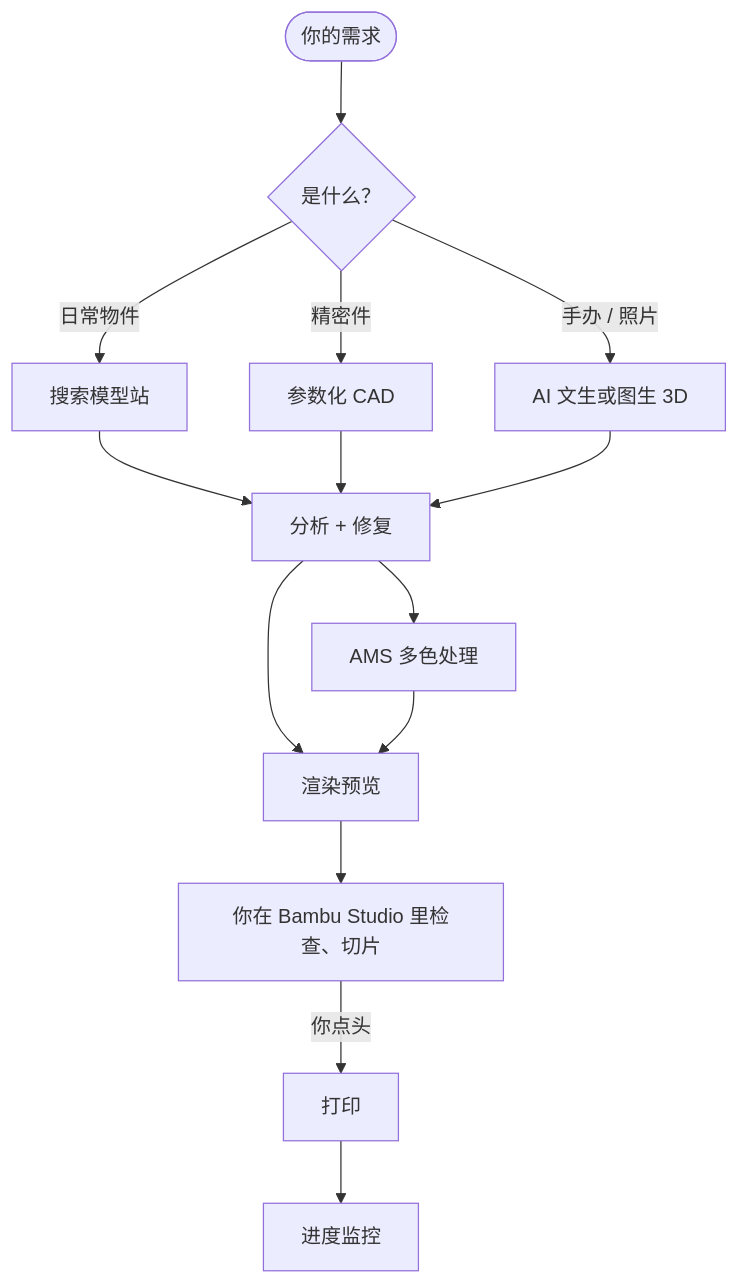
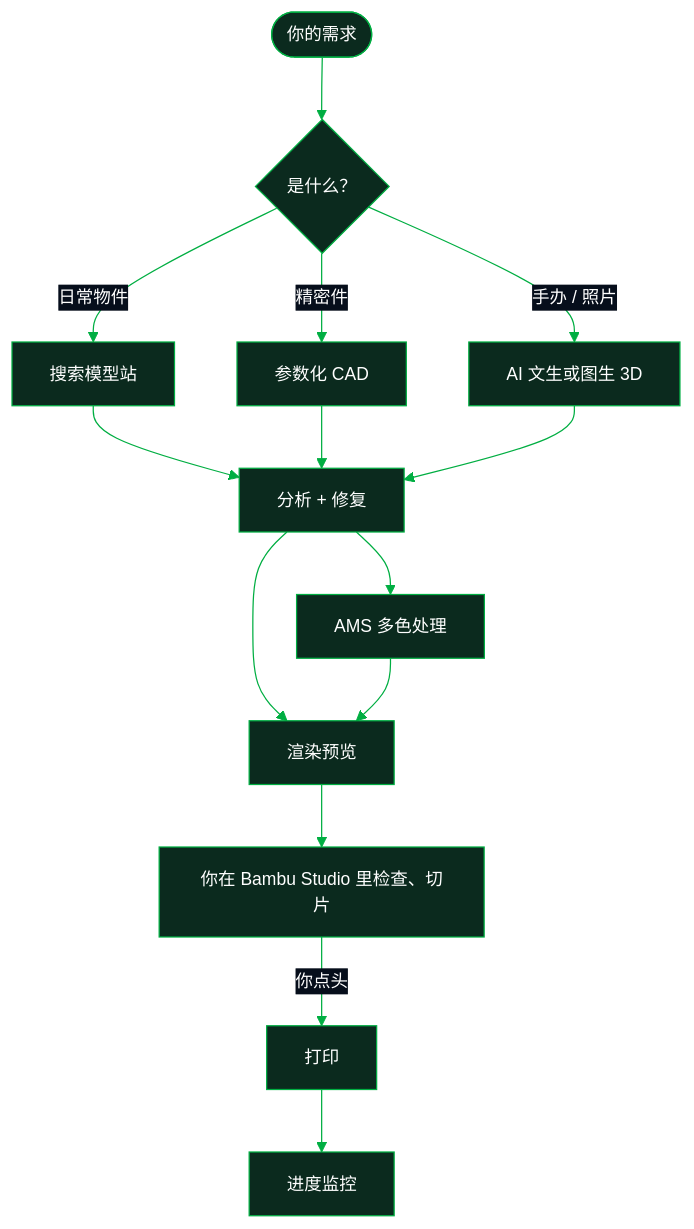
One commit to heyixuan2/bambu-studio-ai changed the diagram in README.zh-CN.md. Above: the diagram before and after it, drawn with Mermaid. The commit also changed other lines of this file and 2 other files, not shown here.

````diff
--- a/README.zh-CN.md
+++ b/README.zh-CN.md
@@ -150,16 +150,17 @@
 ```mermaid
+%%{init: {'theme':'base','themeVariables':{'primaryColor':'#0B2A1E','primaryTextColor':'#FFFFFF','primaryBorderColor':'#00AE42','lineColor':'#00AE42','secondaryColor':'#060E1B','tertiaryColor':'#0B2A1E','tertiaryTextColor':'#FFFFFF','edgeLabelBackground':'#060E1B','fontSize':'14px'}}}%%
 flowchart TD
     R([你的需求]) --> S{是什么？}
     S -->|日常物件| A[搜索模型站]
     S -->|精密件| B[参数化 CAD]
     S -->|手办 / 照片| C[AI 文生或图生 3D]
     A --> D[分析 + 修复]
     B --> D
     C --> D
     D --> E[AMS 多色处理]
     D --> F[渲染预览]
     E --> F
     F --> G[你在 Bambu Studio 里检查、切片]
     G -->|你点头| H[打印]
     H --> I[进度监控]
 ```
````
